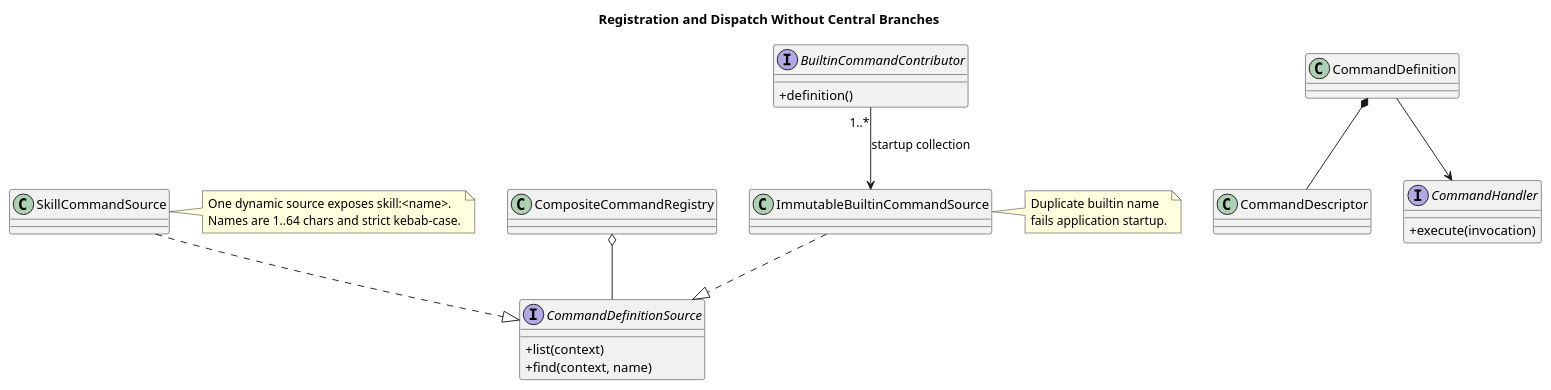
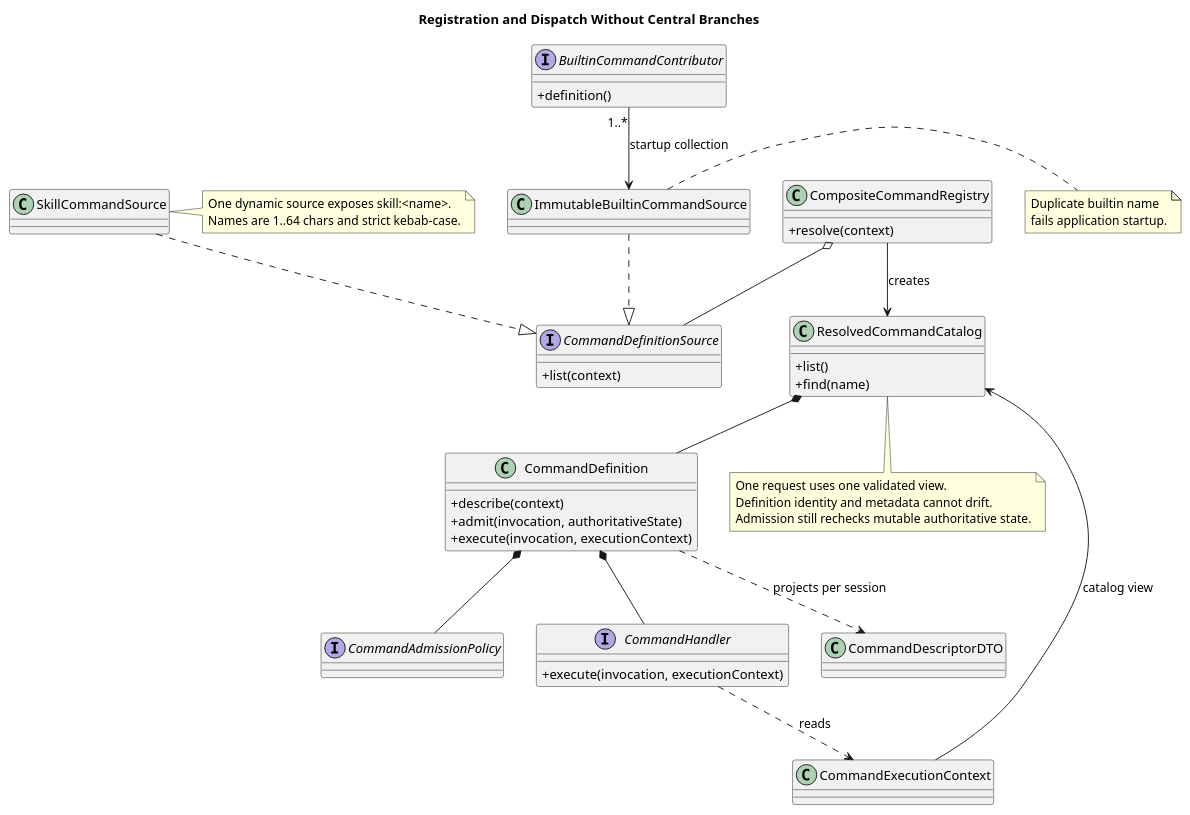
Before and after one commit to ssm0808/pi-mono-java-design: the second of 4 diagrams in 04-命令与技能/00-Slash-Command通用模块/设计图/diagram.puml, drawn with PlantUML. The commit also changed 14 other files, not shown here.

Commit message:
docs(design): 沉淀 Builtin 目标类图方法

```diff
--- a/04-命令与技能/00-Slash-Command通用模块/设计图/diagram.puml
+++ b/04-命令与技能/00-Slash-Command通用模块/设计图/diagram.puml
@@ -35,43 +35,66 @@
 @startuml command_registration
 title Registration and Dispatch Without Central Branches
 skinparam classAttributeIconSize 0
 skinparam shadowing false
 
 ' Source evidence: pi-mono-java@c1311f69 mate-campusclaw/src/main/java/com/huawei/hicampus/mate/matecampusclaw/codingagent/command/SlashCommandRegistry.java:22-37
+' Source evidence: pi-mono-java@3004419a modules/coding-agent-cli/src/main/java/com/campusclaw/codingagent/runtimeapi/command/CompositeCommandRegistry.java:27-75
 ' Source evidence: opencode@849c2598 packages/opencode/src/command/index.ts:65-169
-' Observed behavior: current registries aggregate definitions by name and detect or skip collisions.
-' Target design: builtins fail startup on duplicates while skills occupy the skill: namespace.
+' Observed behavior: the feature implementation resolves one merged list for both list and find, while each source still declares a redundant find method.
+' Target design: sources list definitions and the registry creates one validated catalog snapshot per request.
 
 interface CommandDefinitionSource {
   +list(context)
-  +find(context, name)
 }
 interface BuiltinCommandContributor {
   +definition()
 }
 class ImmutableBuiltinCommandSource
 class SkillCommandSource
-class CompositeCommandRegistry
-class CommandDefinition
-class CommandDescriptor
+class CompositeCommandRegistry {
+  +resolve(context)
+}
+class ResolvedCommandCatalog {
+  +list()
+  +find(name)
+}
+class CommandDefinition {
+  +describe(context)
+  +admit(invocation, authoritativeState)
+  +execute(invocation, executionContext)
+}
+class CommandDescriptorDTO
+interface CommandAdmissionPolicy
 interface CommandHandler {
-  +execute(invocation)
+  +execute(invocation, executionContext)
 }
+class CommandExecutionContext
 
 BuiltinCommandContributor "1..*" --> ImmutableBuiltinCommandSource : startup collection
 ImmutableBuiltinCommandSource ..|> CommandDefinitionSource
 SkillCommandSource ..|> CommandDefinitionSource
 CompositeCommandRegistry o-- CommandDefinitionSource
-CommandDefinition *-- CommandDescriptor
-CommandDefinition --> CommandHandler
+CompositeCommandRegistry --> ResolvedCommandCatalog : creates
+ResolvedCommandCatalog *-- CommandDefinition
+CommandDefinition ..> CommandDescriptorDTO : projects per session
+CommandDefinition *-- CommandAdmissionPolicy
+CommandDefinition *-- CommandHandler
+CommandHandler ..> CommandExecutionContext : reads
+CommandExecutionContext --> ResolvedCommandCatalog : catalog view
 
 note right of ImmutableBuiltinCommandSource
 Duplicate builtin name
 fails application startup.
 end note
 
 note right of SkillCommandSource
 One dynamic source exposes skill:<name>.
 Names are 1..64 chars and strict kebab-case.
 end note
+
+note bottom of ResolvedCommandCatalog
+One request uses one validated view.
+Definition identity and metadata cannot drift.
+Admission still rechecks mutable authoritative state.
+end note
 @enduml
```
